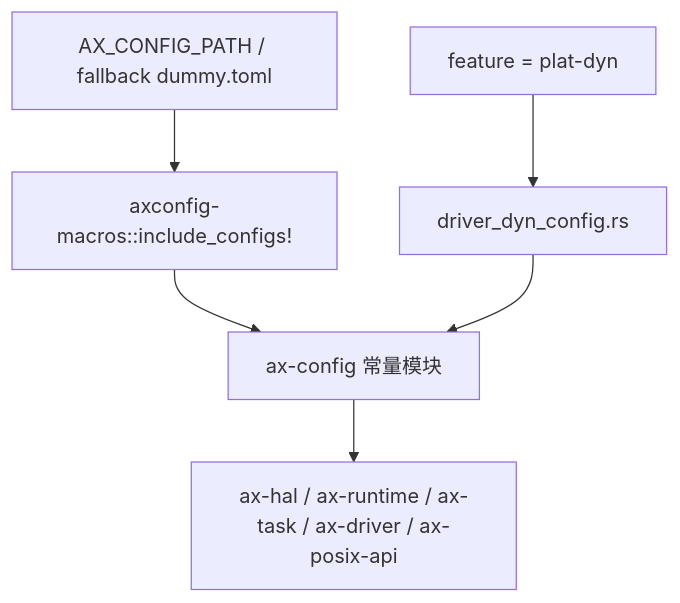
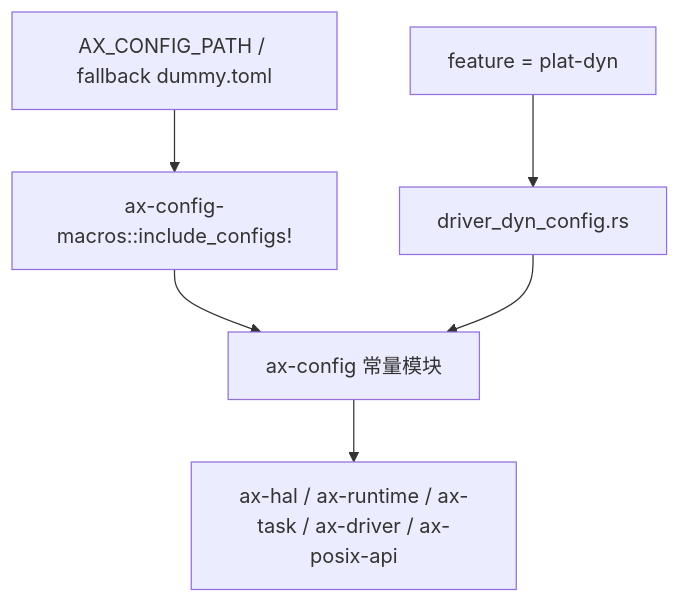
One commit to zKurisu/tgoskits changed the first of 2 diagrams in docs/crates/ax-config.md. Above: the diagram before and after it, drawn with Mermaid. The commit also changed other lines of this file and 75 other files, not shown here.

Commit message:
rename axconfig-macros to ax-config-macros

````diff
--- a/docs/crates/ax-config.md
+++ b/docs/crates/ax-config.md
@@ -25,10 +25,10 @@
 ```mermaid
 flowchart TD
-    A["AX_CONFIG_PATH / fallback dummy.toml"] --> B["axconfig-macros::include_configs!"]
+    A["AX_CONFIG_PATH / fallback dummy.toml"] --> B["ax-config-macros::include_configs!"]
     B --> C["ax-config 常量模块"]
 
     D["feature = plat-dyn"] --> E["driver_dyn_config.rs"]
     E --> C
 
     C --> F["ax-hal / ax-runtime / ax-task / ax-driver / ax-posix-api"]
 ```
````
